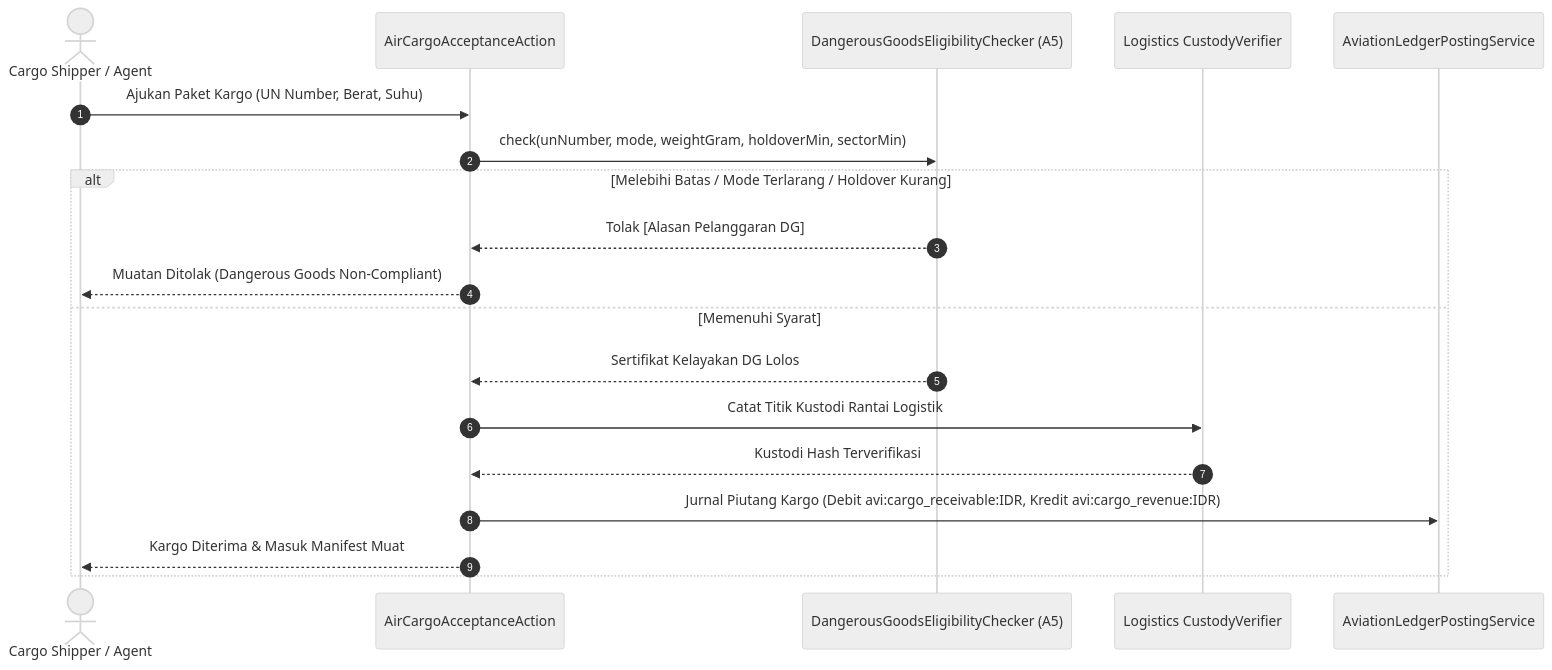
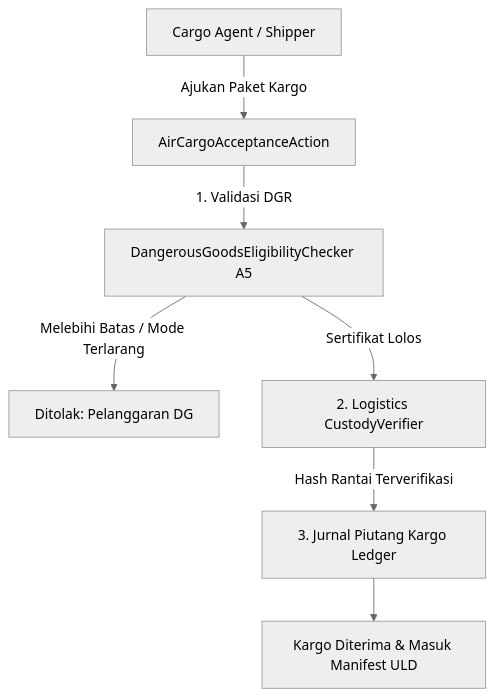
The eighth of 11 diagrams in docs/design/fase-177.md (Orls967/SuperWeb), drawn with Mermaid (neutral theme) before and after one commit. The commit also changed other lines of this file and 163 other files, not shown here.

Commit message:
feat(aviation): sertifikasi 5 algoritma A1-A5 bersertifikat dengan vektor acceptance

````diff
--- a/docs/design/fase-177.md
+++ b/docs/design/fase-177.md
@@ -172,22 +150,11 @@
 ```mermaid
-sequenceDiagram
-    autonumber
-    actor Shipper as Cargo Shipper / Agent
-    participant CargoSvc as AirCargoAcceptanceAction
-    participant DGApi as DangerousGoodsEligibilityChecker (A5)
-    participant LgxCustody as Logistics CustodyVerifier
-    participant Ledger as AviationLedgerPostingService
-
-    Shipper->>CargoSvc: Ajukan Paket Kargo (UN Number, Berat, Suhu)
-    CargoSvc->>DGApi: check(unNumber, mode, weightGram, holdoverMin, sectorMin)
-    alt Melebihi Batas / Mode Terlarang / Holdover Kurang
-        DGApi-->>CargoSvc: Tolak [Alasan Pelanggaran DG]
-        CargoSvc-->>Shipper: Muatan Ditolak (Dangerous Goods Non-Compliant)
-    else Memenuhi Syarat
-        DGApi-->>CargoSvc: Sertifikat Kelayakan DG Lolos
-        CargoSvc->>LgxCustody: Catat Titik Kustodi Rantai Logistik
-        LgxCustody-->>CargoSvc: Kustodi Hash Terverifikasi
-        CargoSvc->>Ledger: Jurnal Piutang Kargo (Debit avi:cargo_receivable:IDR, Kredit avi:cargo_revenue:IDR)
-        CargoSvc-->>Shipper: Kargo Diterima & Masuk Manifest Muat
-    end
+flowchart TD
+    Shipper[Cargo Agent / Shipper] -->|Ajukan Paket Kargo| CargoAction[AirCargoAcceptanceAction]
+    CargoAction -->|1. Validasi DGR| DGCheck[DangerousGoodsEligibilityChecker A5]
+    
+    DGCheck -->|Melebihi Batas / Mode Terlarang| RejectDG[Ditolak: Pelanggaran DG]
+    DGCheck -->|Sertifikat Lolos| Custody[2. Logistics CustodyVerifier]
+    
+    Custody -->|Hash Rantai Terverifikasi| LedgerCargo[3. Jurnal Piutang Kargo Ledger]
+    LedgerCargo --> Manifest[Kargo Diterima & Masuk Manifest ULD]
 ```
````
